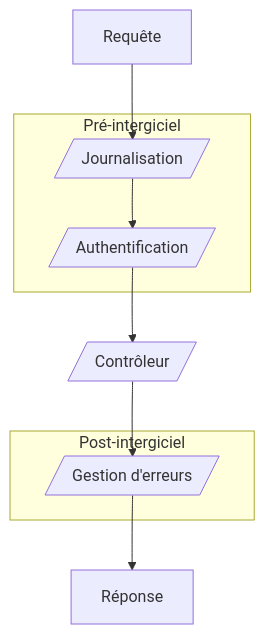
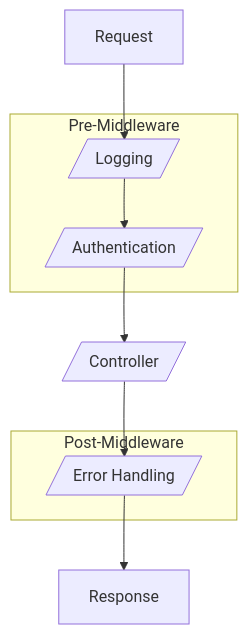
The diagram in doc/docs/concepts.md (corentin703/sqliste), drawn with Mermaid before and after one commit. The commit also changed other lines of this file and 54 other files, not shown here.

````diff
--- a/doc/docs/concepts.md
+++ b/doc/docs/concepts.md
@@ -35,17 +32,17 @@
 ```mermaid
 flowchart TD
-    request[Requête] --> before-middleware1
+    request[Request] --> before-middleware1
     
-    subgraph before-midleware[Pré-intergiciel]
-        before-middleware1[/Journalisation/] --> before-middleware2[/Authentification/]
+    subgraph before-midleware[Pre-Middleware]
+        before-middleware1[/Logging/] --> before-middleware2[/Authentication/]
     end
     
-    before-middleware2 --> controller[/Contrôleur/]
+    before-middleware2 --> controller[/Controller/]
     controller --> post-middleware1
 
-    subgraph after-midleware[Post-intergiciel]
-        post-middleware1[/Gestion d'erreurs/]
+    subgraph after-midleware[Post-Middleware]
+        post-middleware1[/Error Handling/]
     end
 
-    post-middleware1 --> response[Réponse]
+    post-middleware1 --> response[Response]
 ```
````
